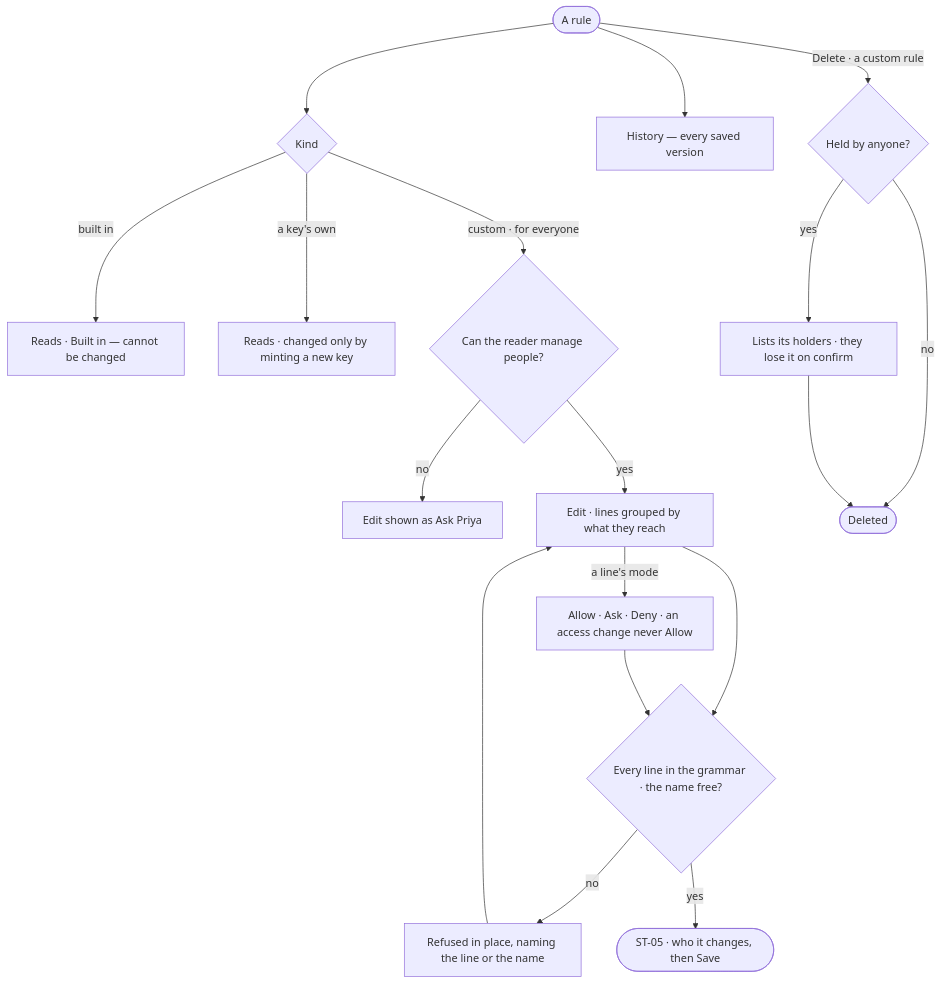
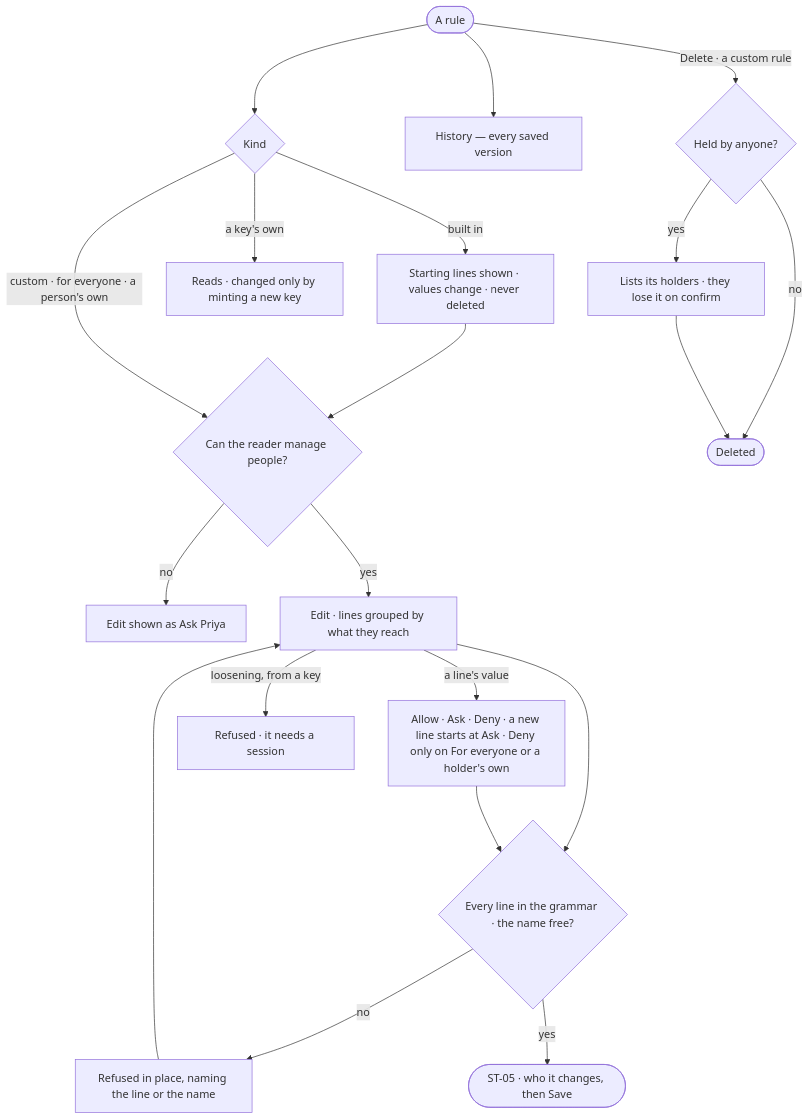
Before and after one commit to invana/invana: the diagram in specs/products/settings/features/ST-F02-people-and-access/stories/ST-02-say-exactly-what-an-access-rule-allows/story.md, drawn with Mermaid. The commit also changed other lines of this file and 28 other files, not shown here.

First line of the commit message:
docs: one access model — Deny · Ask · Allow for people, agents and keys

````diff
--- a/specs/products/settings/features/ST-F02-people-and-access/stories/ST-02-say-exactly-what-an-access-rule-allows/story.md
+++ b/specs/products/settings/features/ST-F02-people-and-access/stories/ST-02-say-exactly-what-an-access-rule-allows/story.md
@@ -26,19 +26,21 @@
 ```mermaid
 flowchart TD
   r([A rule]) --> k{"Kind"}
-  k -->|built in| bi["Reads · Built in — cannot be changed"]
+  k -->|built in| bi["Starting lines shown · values change · never deleted"]
+  bi --> ed
   k -->|a key's own| ko["Reads · changed only by minting a new key"]
-  k -->|custom · for everyone| ed{"Can the reader manage people?"}
+  k -->|custom · for everyone · a person's own| ed{"Can the reader manage people?"}
   ed -->|no| ask["Edit shown as Ask Priya"]
   ed -->|yes| e["Edit · lines grouped by what they reach"]
   e --> v{"Every line in the grammar · the name free?"}
   v -->|no| ref["Refused in place, naming the line or the name"]
   ref --> e
   v -->|yes| imp(["ST-05 · who it changes, then Save"])
-  e -->|a line's mode| md["Allow · Ask · Deny · an access change never Allow"] --> v
+  e -->|a line's value| md["Allow · Ask · Deny · a new line starts at Ask · Deny only on For everyone or a holder's own"] --> v
+  e -->|loosening, from a key| ks["Refused · it needs a session"]
   r --> h["History — every saved version"]
   r -->|Delete · a custom rule| dl{"Held by anyone?"}
   dl -->|yes| hl["Lists its holders · they lose it on confirm"]
   dl -->|no| gone(["Deleted"])
   hl --> gone
 ```
````
